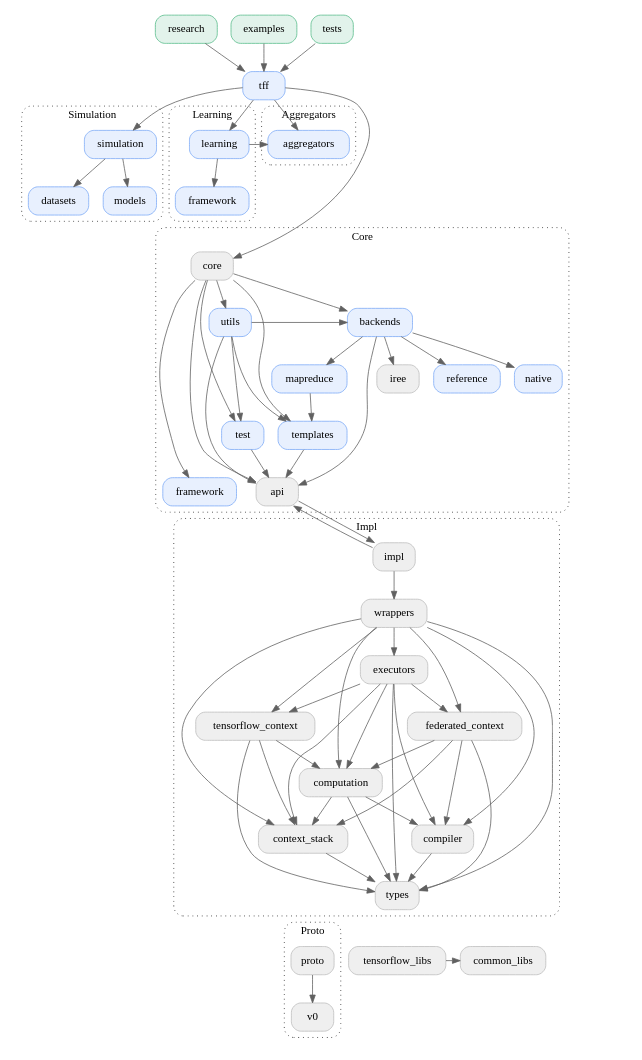
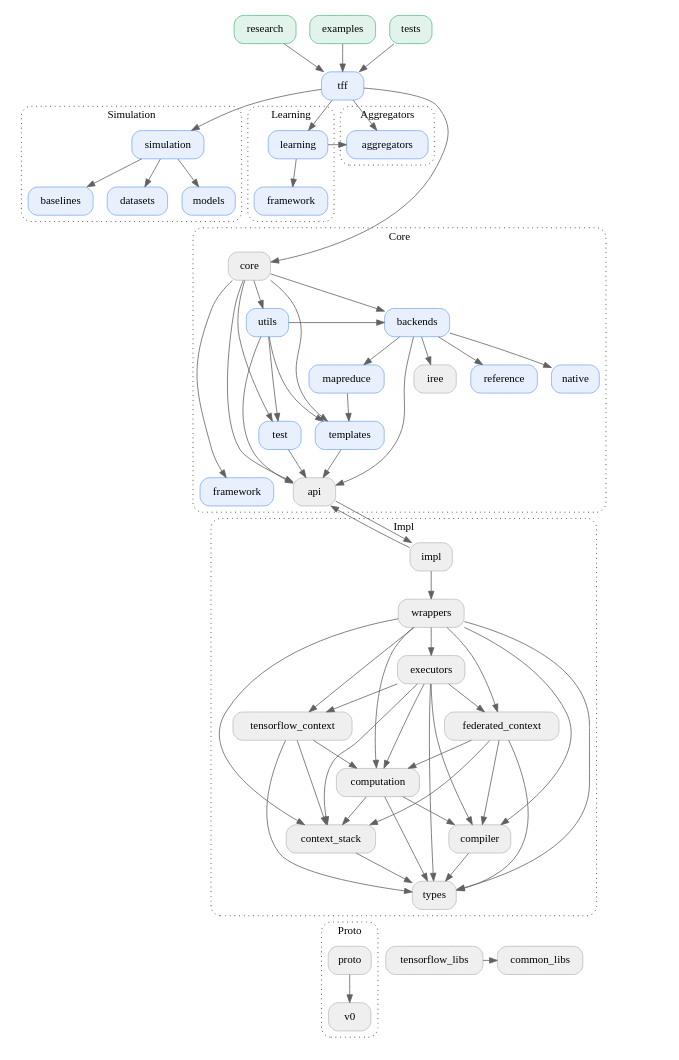
The diagram in docs/design/package_structure.dot (google-parfait/tensorflow-federated), drawn with Graphviz before and after one commit. The commit also changed 7 other files, not shown here.

```diff
--- a/docs/design/package_structure.dot
+++ b/docs/design/package_structure.dot
@@ -1,186 +1,189 @@
 digraph {
   graph [style="dotted,rounded", size="9 100"]
   node [shape="box", style="rounded,filled", fillcolor="#efefef", color="#bdbdbd"]
   edge [color="#616161"]
   newrank=true
 
   // Using TFF
   research -> tff
   examples -> tff
   tests -> tff
 
   research [href="#research" target="_parent", fillcolor="#E2F3EB", color="#57BB8A"]
   examples [href="#examples" target="_parent", fillcolor="#E2F3EB", color="#57BB8A"]
   tests [href="#tests" target="_parent", fillcolor="#E2F3EB", color="#57BB8A"]
 
   // TFF
   tff -> simulation
   tff -> learning
   tff -> aggregators
   tff -> core
 
   tff [href="#tff" target="_parent", fillcolor="#E8F0FE", color="#7BAAF7"]
 
   // TFF Simulation
+  simulation -> simulation_baselines
   simulation -> simulation_datasets
   simulation -> simulation_models
+  simulation_baselines -> core [arrowhead="none", style="invisible"]
   simulation_datasets -> core [arrowhead="none", style="invisible"]
   simulation_models -> core [arrowhead="none", style="invisible"]
 
   subgraph cluster_simulation {
     graph [label="Simulation", href="#tff-simulation" target="_parent"]
     simulation [href="#tff-simulation" target="_parent", fillcolor="#E8F0FE", color="#7BAAF7"]
+    simulation_baselines [label="baselines", href="#tff-simulation" target="_parent", fillcolor="#E8F0FE", color="#7BAAF7"]
     simulation_datasets [label="datasets", href="#tff-simulation" target="_parent", fillcolor="#E8F0FE", color="#7BAAF7"]
     simulation_models [label="models", href="#tff-simulation" target="_parent", fillcolor="#E8F0FE", color="#7BAAF7"]
   }
 
   // TFF Learning
   learning -> learning_framework
   learning_framework -> core [arrowhead="none", style="invisible"]
 
   subgraph cluster_learning {
     graph [label="Learning", href="#tff-learning" target="_parent"]
     learning [href="#tff-learning" target="_parent", fillcolor="#E8F0FE", color="#7BAAF7"]
     learning_framework [label="framework", href="#tff-learning" target="_parent", fillcolor="#E8F0FE", color="#7BAAF7"]
   }
 
   // TFF Aggregators
   learning -> aggregators
   aggregators -> core [arrowhead="none", style="invisible"]
 
   subgraph cluster_aggregators {
     graph [label="Aggregators", href="#tff-aggregators" target="_parent"]
     aggregators [href="#tff-learning" target="_parent", fillcolor="#E8F0FE", color="#7BAAF7"]
   }
 
   // TFF Core
   core -> core_utils
   core -> core_backends
   core -> core_templates
   core -> core_test
   core -> core_api
   core -> core_framework
   core_utils -> core_backends
   core_utils -> core_templates
   core_utils -> core_test
   core_utils -> core_api
   core_utils -> impl [arrowhead="none", style="invisible"]
   core_backends -> core_backends_native
   core_backends -> core_backends_mapreduce
   core_backends -> core_backends_iree
   core_backends -> core_backends_reference
   core_backends -> core_api
   core_backends -> impl [arrowhead="none", style="invisible"]
   core_backends_native -> impl [arrowhead="none", style="invisible"]
   core_backends_mapreduce -> core_templates
   core_backends_mapreduce -> impl [arrowhead="none", style="invisible"]
   core_backends_iree -> impl [arrowhead="none", style="invisible"]
   core_backends_reference -> impl [arrowhead="none", style="invisible"]
   core_templates -> core_api
   core_templates -> impl [arrowhead="none", style="invisible"]
   core_test -> core_api
   core_test -> impl [arrowhead="none", style="invisible"]
   core_api -> impl
   core_framework -> impl [arrowhead="none", style="invisible"]
 
   subgraph cluster_core {
     graph [label="Core", href="#tff-core" target="_parent"]
     core [href="#tff-core" target="_parent"]
     core_utils [label="utils", href="#tff-core" target="_parent", fillcolor="#E8F0FE", color="#7BAAF7"]
     core_backends [label="backends", href="#tff-core" target="_parent", fillcolor="#E8F0FE", color="#7BAAF7"]
     core_backends_native [label="native", href="#tff-core" target="_parent", fillcolor="#E8F0FE", color="#7BAAF7"]
     core_backends_mapreduce [label="mapreduce", href="#tff-core" target="_parent", fillcolor="#E8F0FE", color="#7BAAF7"]
     core_backends_iree [label="iree", href="#tff-core" target="_parent"]
     core_backends_reference [label="reference", href="#tff-core" target="_parent", fillcolor="#E8F0FE", color="#7BAAF7"]
     core_templates [label="templates", href="#tff-core" target="_parent", fillcolor="#E8F0FE", color="#7BAAF7"]
     core_test [label="test", href="#tff-core" target="_parent", fillcolor="#E8F0FE", color="#7BAAF7"]
     core_api [label="api", href="#tff-core" target="_parent"]
     core_framework [label="framework", href="#tff-core" target="_parent", fillcolor="#E8F0FE", color="#7BAAF7"]
   }
 
   // TFF Impl
   impl -> core_api
   impl -> impl_wrappers
   impl_wrappers -> impl_executors
   impl_wrappers -> impl_tensorflow_context
   impl_wrappers -> impl_federated_context
   impl_wrappers -> impl_computation
   impl_wrappers -> impl_compiler
   // impl_wrappers -> impl_utils
   impl_wrappers -> impl_context_stack
   impl_wrappers -> impl_types
   impl_executors -> impl_tensorflow_context
   impl_executors -> impl_federated_context
   impl_executors -> impl_computation
   impl_executors -> impl_compiler
   // impl_executors -> impl_utils
   impl_executors -> impl_context_stack
   impl_executors -> impl_types
   impl_tensorflow_context -> impl_computation
   // impl_tensorflow_context -> impl_utils
   impl_tensorflow_context -> impl_context_stack
   impl_tensorflow_context -> impl_types
   impl_federated_context -> impl_computation
   impl_federated_context -> impl_compiler
   // impl_federated_context -> impl_utils
   impl_federated_context -> impl_context_stack
   impl_federated_context -> impl_types
   impl_computation -> impl_compiler
   // impl_computation -> impl_utils
   impl_computation -> impl_context_stack
   impl_computation -> impl_types
   impl_compiler -> impl_types
   // impl_compiler -> impl_utils
   // impl_utils -> tensorflow_libs
   // impl_utils -> impl_context_stack
   // impl_utils -> impl_types
   impl_context_stack -> impl_types
   impl_types -> proto [arrowhead="none", style="invisible"]
   impl_types -> tensorflow_libs [arrowhead="none", style="invisible"]
   impl_types -> common_libs [arrowhead="none", style="invisible"]
 
   subgraph cluster_impl {
     graph [label="Impl", href="#tff-impl" target="_parent"]
     impl [href="#tff-impl" target="_parent"]
     impl_wrappers [label="wrappers", href="#tff-impl" target="_parent"]
     impl_executors [label="executors", href="#tff-impl" target="_parent"]
     impl_tensorflow_context [label="tensorflow_context", href="#tff-impl" target="_parent"]
     impl_federated_context [label="federated_context", href="#tff-impl" target="_parent"]
     impl_computation [label="computation", href="#tff-impl" target="_parent"]
     impl_compiler [label="compiler", href="#tff-impl" target="_parent"]
     impl_context_stack [label="context_stack", href="#tff-impl" target="_parent"]
     // impl_utils [label="utils", href="#tff-impl" target="_parent"]
     impl_types [label="types", href="#tff-impl" target="_parent"]
   }
 
   // TFF Proto
   proto -> proto_v0
 
   subgraph cluster_proto {
     graph [label="Proto", href="#tff-proto" target="_parent"]
     proto [href="#tff-proto" target="_parent"]
     proto_v0 [label="v0" href="#tff-proto" target="_parent"]
   }
 
   // Other
   tensorflow_libs [href="#tff-tensorflow-libs" target="_parent"]
   common_libs [href="#tff-common-libs" target="_parent"]
   tensorflow_libs -> common_libs
 
   // Layout
   {rank=same; examples, tests, research}
   {rank=same; tff}
   {rank=same; simulation, learning, aggregators}
-  {rank=same; learning_framework, simulation_datasets, simulation_models}
+  {rank=same; learning_framework, simulation_baselines, simulation_datasets, simulation_models}
   {rank=same; core}
   {rank=same; core_utils, core_backends}
   {rank=same; core_backends_native, core_backends_mapreduce, core_backends_iree, core_backends_reference}
   {rank=same; core_templates}
   {rank=same; core_test}
   {rank=same; core_api, core_framework}
   // {rank=same; impl}
   // {rank=same; impl_wrappers}
   // {rank=same; impl_tensorflow_context, impl_federated_context, impl_executors}
   // {rank=same; impl_compiler}
   {rank=same; proto, tensorflow_libs, common_libs}
 }
```
